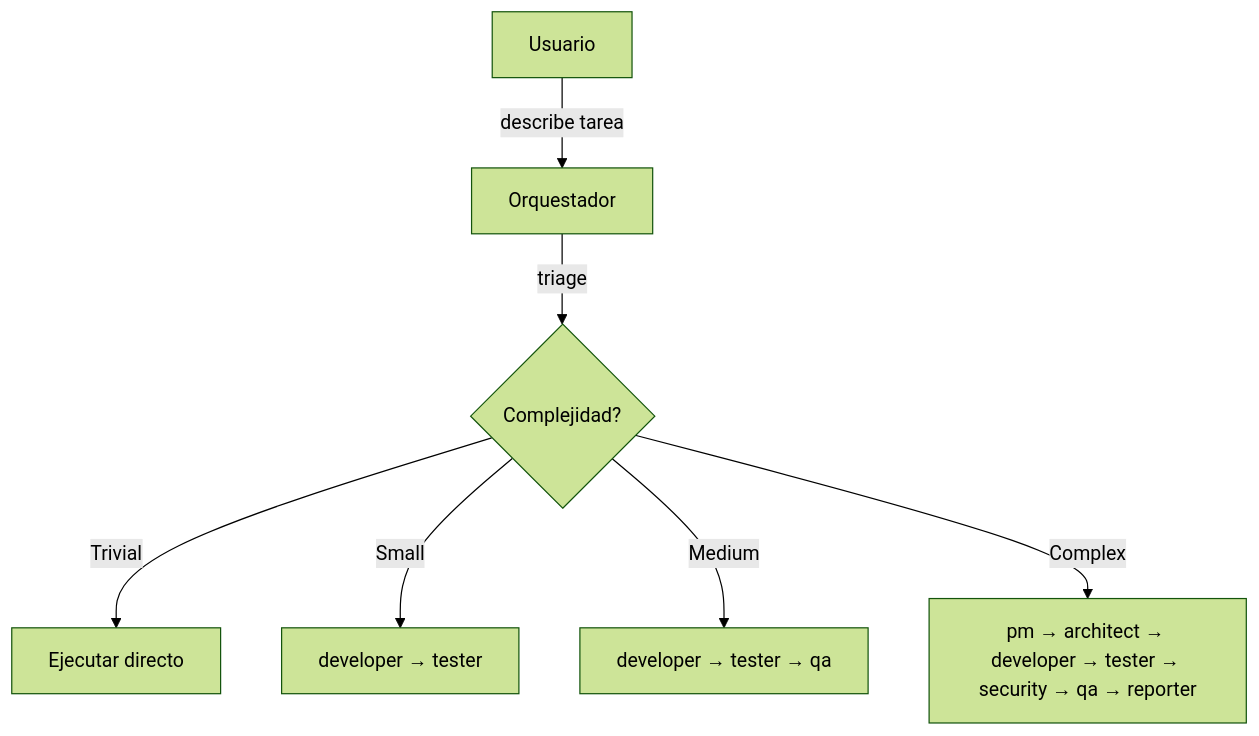
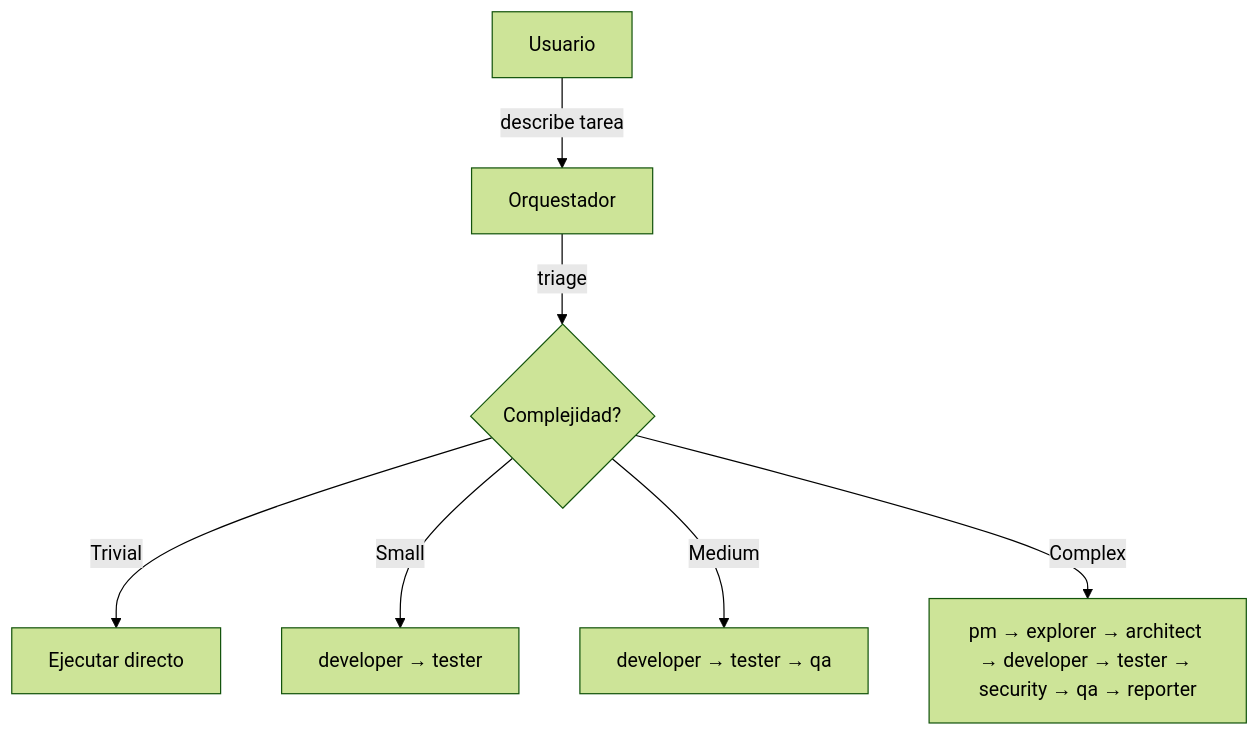
One commit to ernesto2108/anvil changed the first of 2 diagrams in docs/orchestration.md. Above: the diagram before and after it, drawn with Mermaid (forest theme). The commit also changed other lines of this file and 301 other files, not shown here.

First line of the commit message:
feat(architect): gate de verificación pre-decisión

````diff
--- a/docs/orchestration.md
+++ b/docs/orchestration.md
@@ -50,10 +50,10 @@
 ```mermaid
 flowchart TD
     User["Usuario"] -->|describe tarea| Orch["Orquestador"]
     Orch -->|triage| Decision{Complejidad?}
 
     Decision -->|Trivial| Direct["Ejecutar directo"]
     Decision -->|Small| SmallPipe["developer → tester"]
     Decision -->|Medium| MedPipe["developer → tester → qa"]
-    Decision -->|Complex| ComplexPipe["pm → architect → developer → tester → security → qa → reporter"]
+    Decision -->|Complex| ComplexPipe["pm → explorer → architect → developer → tester → security → qa → reporter"]
 ```
````
